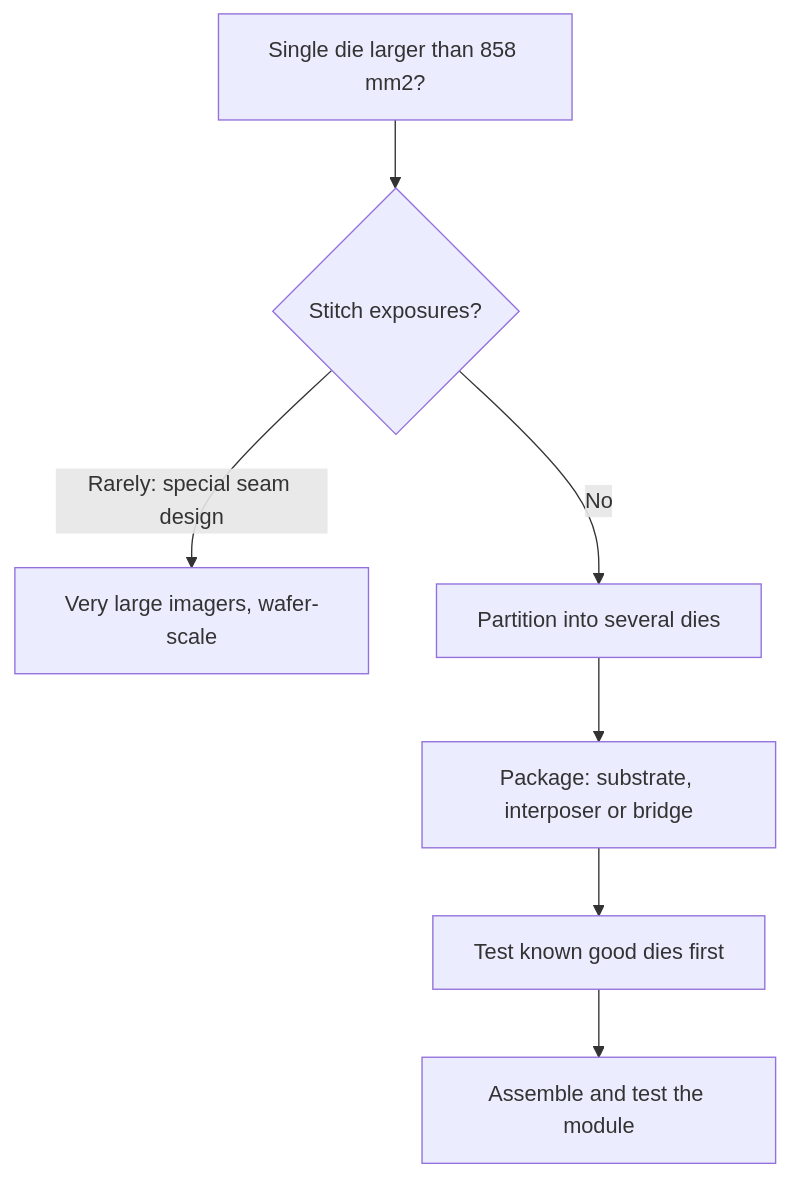
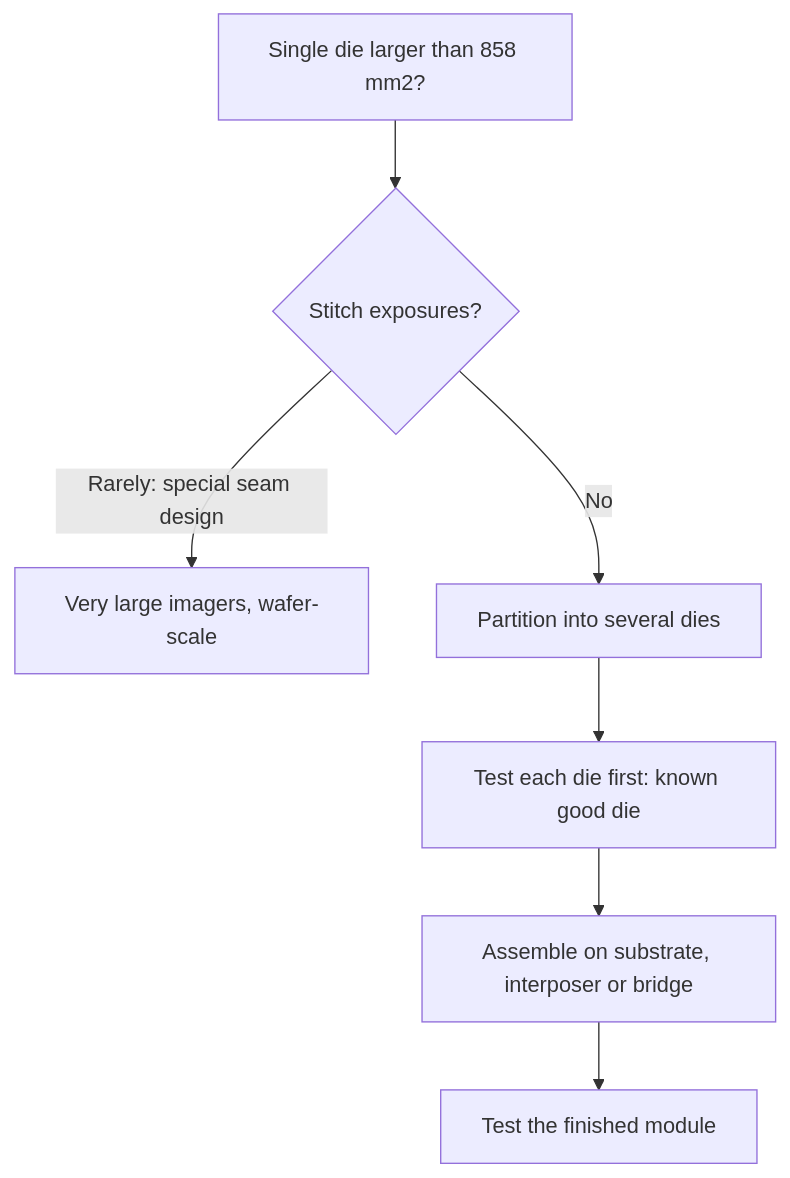
The diagram in content/questions/q0651.md (atallm7/monty-prep), drawn with Mermaid before and after one commit. The commit also changed other lines of this file and 15 other files, not shown here.

````diff
--- a/content/questions/q0651.md
+++ b/content/questions/q0651.md
@@ -120,9 +120,9 @@
 ```mermaid
 flowchart TB
   A["Single die larger than 858 mm2?"] --> B{"Stitch exposures?"}
   B -- "Rarely: special seam design" --> C["Very large imagers, wafer-scale"]
   B -- "No" --> D["Partition into several dies"]
-  D --> E["Package: substrate, interposer or bridge"]
-  E --> F["Test known good dies first"]
-  F --> G["Assemble and test the module"]
+  D --> E["Test each die first: known good die"]
+  E --> F["Assemble on substrate, interposer or bridge"]
+  F --> G["Test the finished module"]
 ```
````
